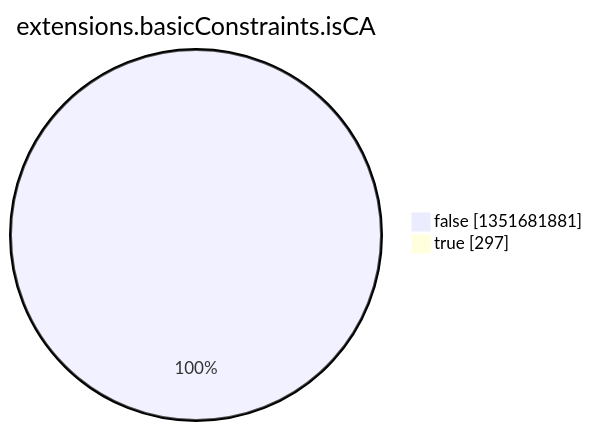
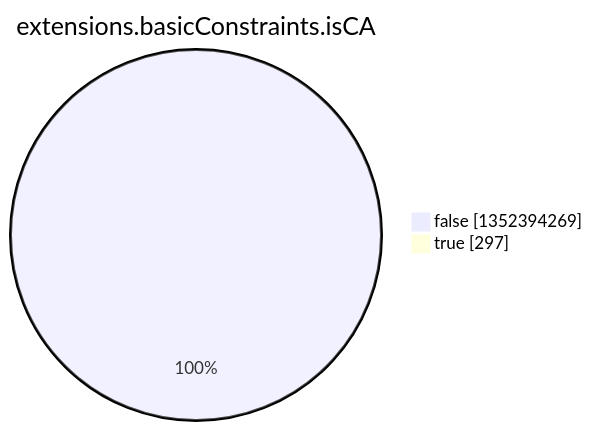
Before and after one commit to christiankrug/ctmonitor_visualization: the eighth of 15 diagrams in argon2022/README.md, drawn with Mermaid. The commit also changed other lines of this file, not shown here.

````diff
--- a/argon2022/README.md
+++ b/argon2022/README.md
@@ -2758,6 +2758,6 @@
 ```mermaid
 pie showData
 title extensions.basicConstraints.isCA
-"false" :1351681881
+"false" :1352394269
 "true" :297
 ```
````
